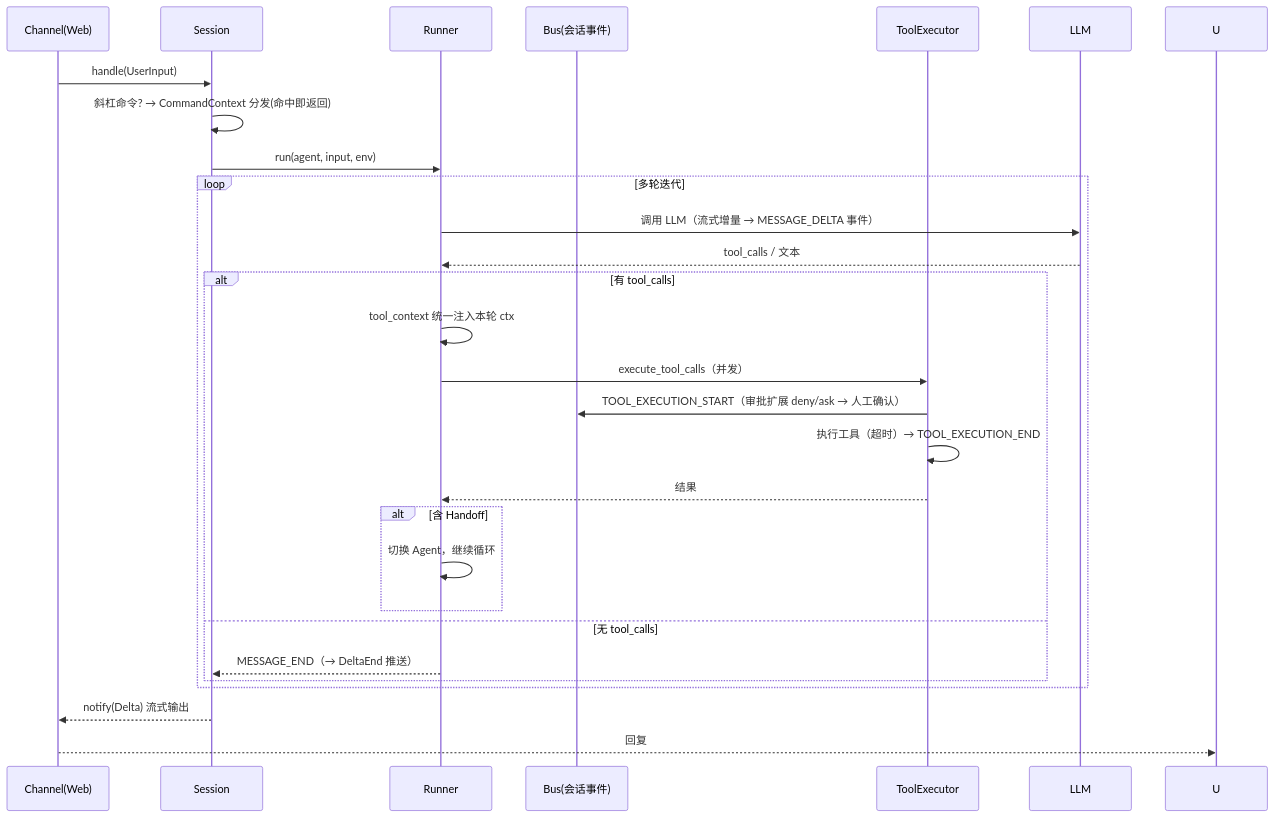
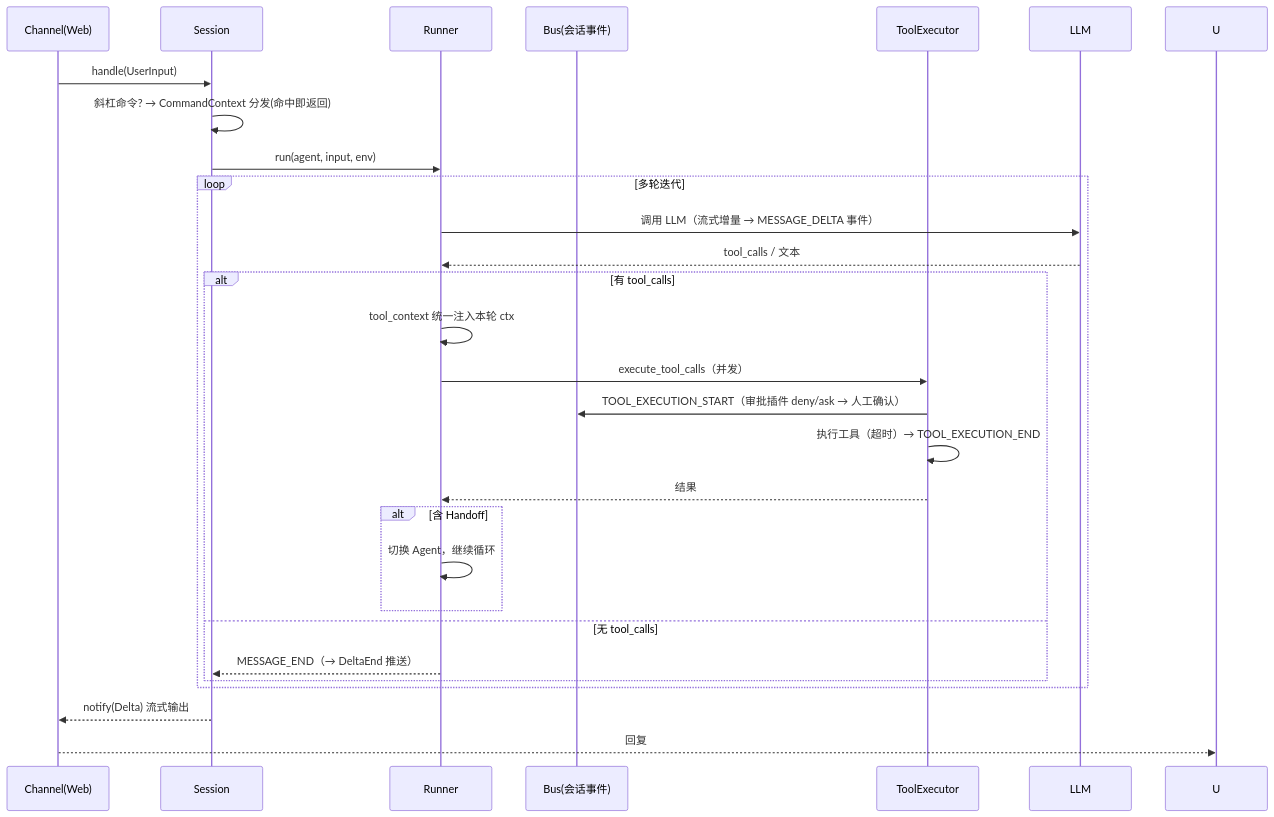
One commit to yishenzhu/walle changed the second of 2 diagrams in README.md. Above: the diagram before and after it, drawn with Mermaid. The commit also changed other lines of this file and 65 other files, not shown here.

````diff
--- a/README.md
+++ b/README.md
@@ -71,31 +73,31 @@
 ```mermaid
 sequenceDiagram
     participant C as Channel(Web)
     participant S as Session
     participant R as Runner
     participant B as Bus(会话事件)
     participant E as ToolExecutor
     participant M as LLM
 
     C->>S: handle(UserInput)
     S->>S: 斜杠命令? → CommandContext 分发(命中即返回)
     S->>R: run(agent, input, env)
     loop 多轮迭代
         R->>M: 调用 LLM（流式增量 → MESSAGE_DELTA 事件）
         M-->>R: tool_calls / 文本
         alt 有 tool_calls
             R->>R: tool_context 统一注入本轮 ctx
             R->>E: execute_tool_calls（并发）
-            E->>B: TOOL_EXECUTION_START（审批扩展 deny/ask → 人工确认）
+            E->>B: TOOL_EXECUTION_START（审批插件 deny/ask → 人工确认）
             E->>E: 执行工具（超时）→ TOOL_EXECUTION_END
             E-->>R: 结果
             alt 含 Handoff
                 R->>R: 切换 Agent，继续循环
             end
         else 无 tool_calls
             R-->>S: MESSAGE_END（→ DeltaEnd 推送）
         end
     end
     S-->>C: notify(Delta) 流式输出
     C-->>U: 回复
 ```
````
